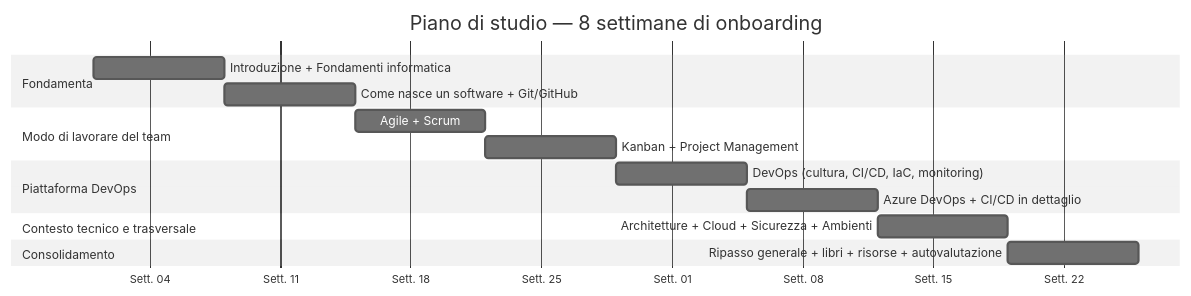
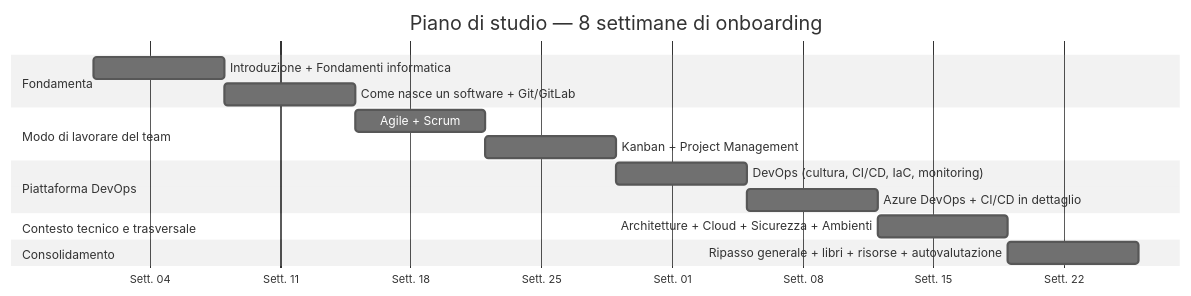
Before and after one commit to darioschioppi/corso-onboarding-devops: the diagram in docs/17-piano-di-studio/README.md, drawn with Mermaid (neutral theme). The commit also changed other lines of this file and 20 other files, not shown here.

First line of the commit message:
Sostituisce GitHub con GitLab nel corso e aggiunge sezione tool CI/CD

````diff
--- a/docs/17-piano-di-studio/README.md
+++ b/docs/17-piano-di-studio/README.md
@@ -24,24 +24,24 @@
 ```mermaid
 gantt
     title Piano di studio — 8 settimane di onboarding
     dateFormat  X
     axisFormat  Sett. %d
 
     section Fondamenta
     Introduzione + Fondamenti informatica :s1, 0, 1w
-    Come nasce un software + Git/GitHub   :s2, after s1, 1w
+    Come nasce un software + Git/GitLab   :s2, after s1, 1w
 
     section Modo di lavorare del team
     Agile + Scrum                          :s3, after s2, 1w
     Kanban + Project Management            :s4, after s3, 1w
 
     section Piattaforma DevOps
     DevOps (cultura, CI/CD, IaC, monitoring) :s5, after s4, 1w
     Azure DevOps + CI/CD in dettaglio        :s6, after s5, 1w
 
     section Contesto tecnico e trasversale
     Architetture + Cloud + Sicurezza + Ambienti :s7, after s6, 1w
 
     section Consolidamento
     Ripasso generale + libri + risorse + autovalutazione :s8, after s7, 1w
 ```
````
